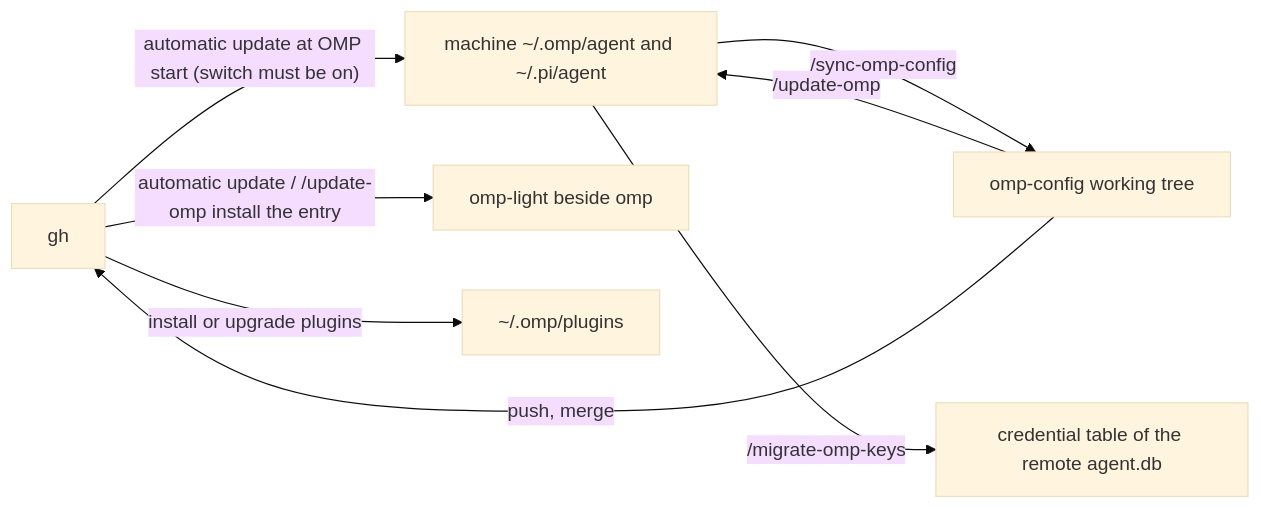
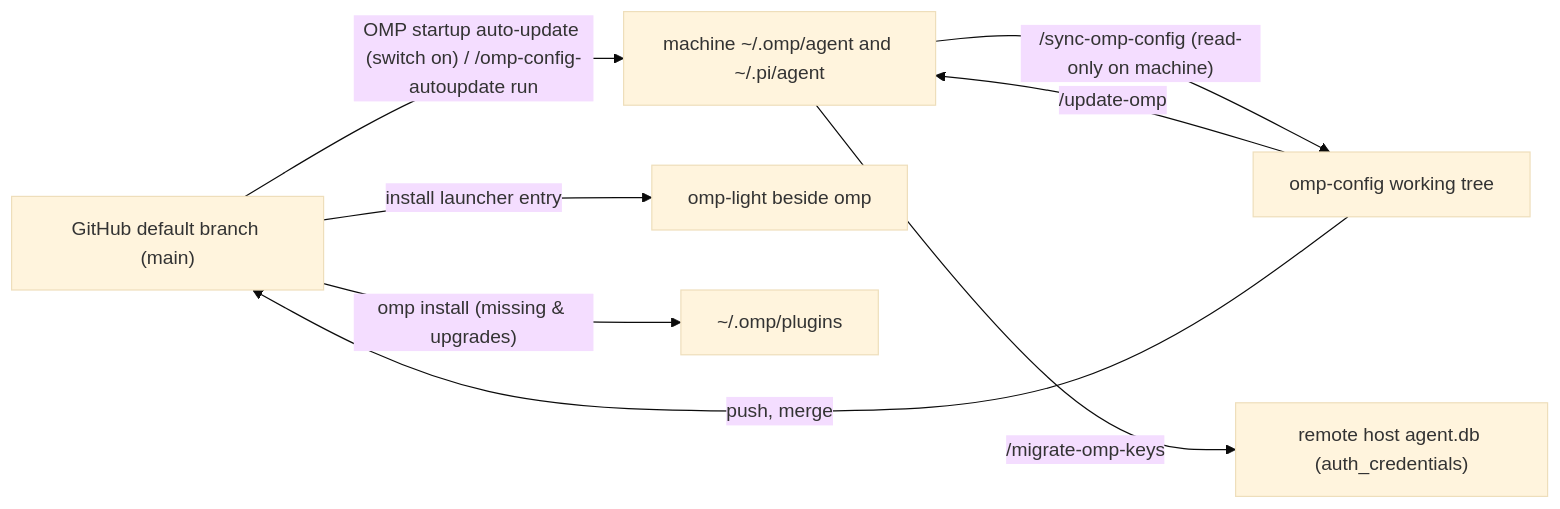
The second of 2 diagrams in README.md (dbydd/oh-my-omomp), drawn with Mermaid (base theme) before and after one commit. The commit also changed other lines of this file and 6 other files, not shown here.

````diff
--- a/README.md
+++ b/README.md
@@ -116,10 +108,10 @@
 ```mermaid
 flowchart LR
-  gh -->|"automatic update at OMP start (switch must be on)"| local["machine ~/.omp/agent and ~/.pi/agent"]
+  gh["GitHub default branch (main)"] -->|"OMP startup auto-update (switch on) / /omp-config-autoupdate run"| local["machine ~/.omp/agent and ~/.pi/agent"]
   repo["omp-config working tree"] -->|"/update-omp"| local
-  local -->|"/sync-omp-config"| repo
+  local -->|"/sync-omp-config (read-only on machine)"| repo
   repo -->|"push, merge"| gh
-  gh -->|"automatic update / /update-omp install the entry"| light["omp-light beside omp"]
-  gh -->|"install or upgrade plugins"| plugins["~/.omp/plugins"]
-  local -->|"/migrate-omp-keys"| remote["credential table of the remote agent.db"]
+  gh -->|"install launcher entry"| light["omp-light beside omp"]
+  gh -->|"omp install (missing & upgrades)"| plugins["~/.omp/plugins"]
+  local -->|"/migrate-omp-keys"| remote["remote host agent.db (auth_credentials)"]
 ```
````
